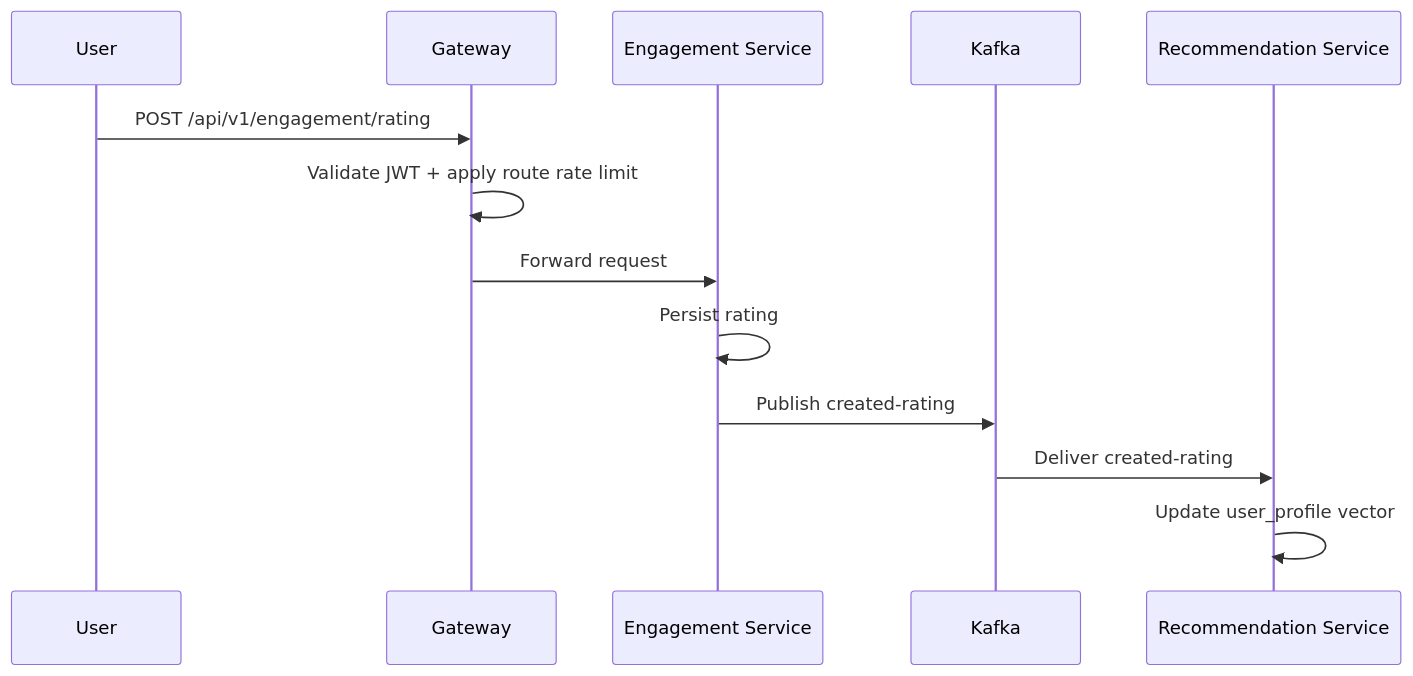
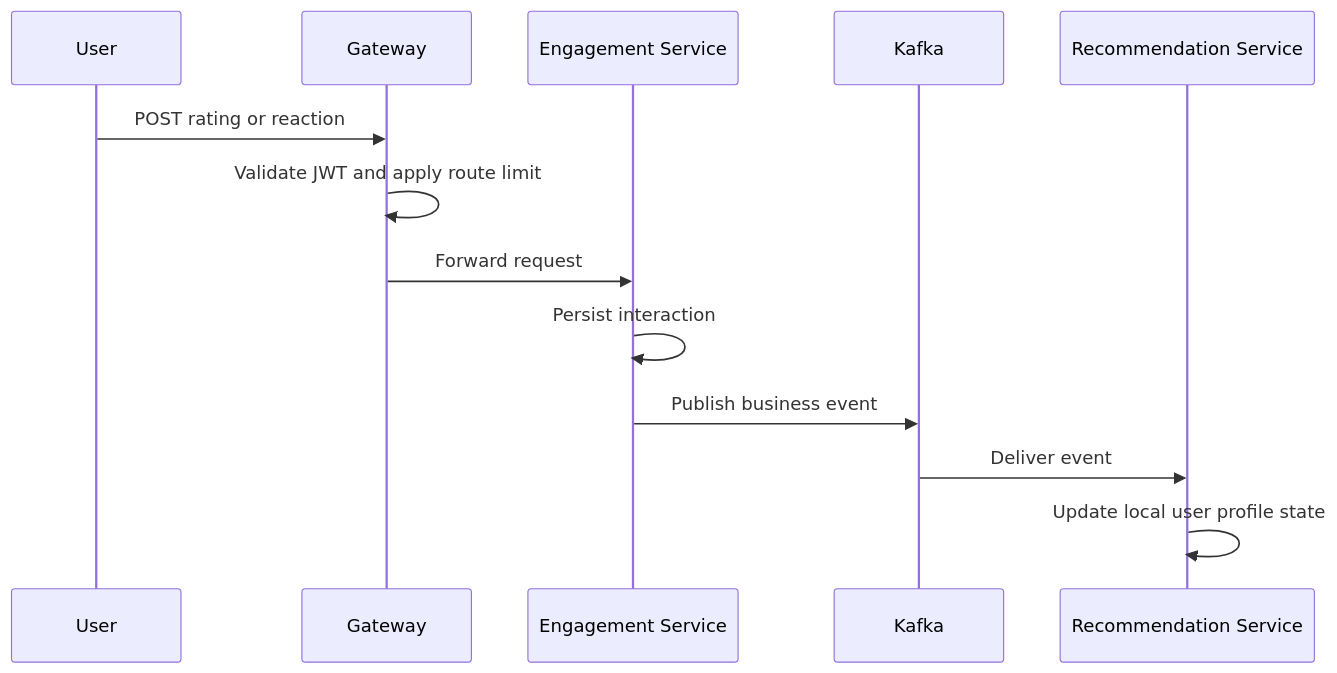
One commit to Luca5Eckert/VellumHub changed the second of 2 diagrams in README.md. Above: the diagram before and after it, drawn with Mermaid. The commit also changed other lines of this file, not shown here.

````diff
--- a/README.md
+++ b/README.md
@@ -181,16 +106,16 @@
 ```mermaid
 sequenceDiagram
     participant U as User
     participant G as Gateway
     participant E as Engagement Service
     participant K as Kafka
     participant R as Recommendation Service
 
-    U->>G: POST /api/v1/engagement/rating
-    G->>G: Validate JWT + apply route rate limit
+    U->>G: POST rating or reaction
+    G->>G: Validate JWT and apply route limit
     G->>E: Forward request
-    E->>E: Persist rating
-    E->>K: Publish created-rating
-    K->>R: Deliver created-rating
-    R->>R: Update user_profile vector
+    E->>E: Persist interaction
+    E->>K: Publish business event
+    K->>R: Deliver event
+    R->>R: Update local user profile state
 ```
````
